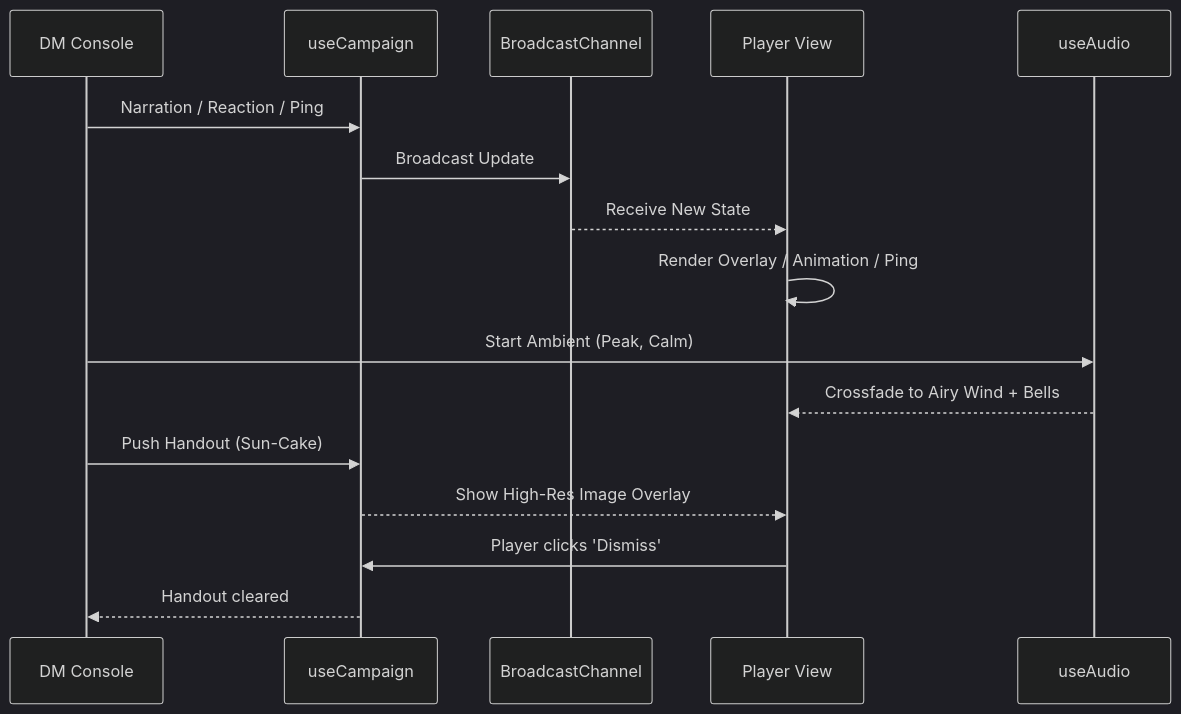
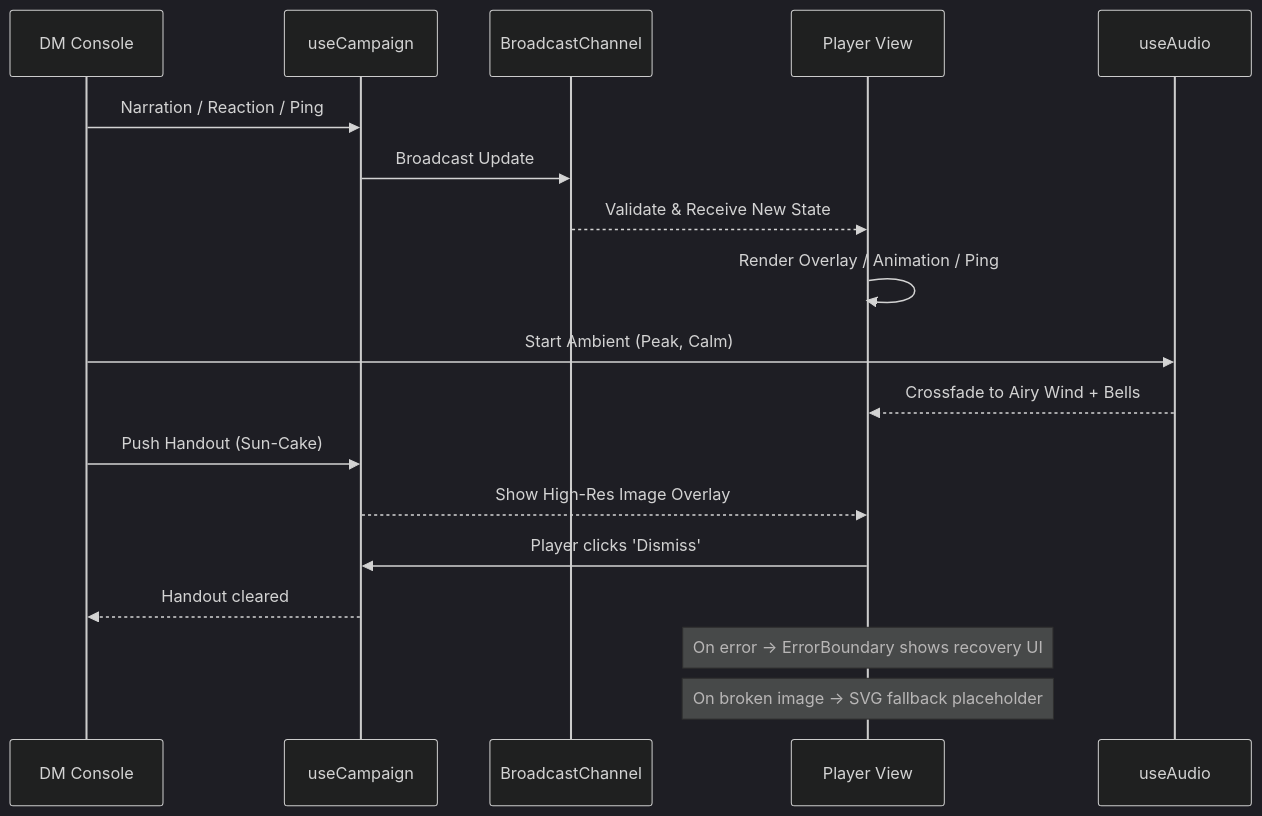
Before and after one commit to lanoitcif/ddcamp: the second of 2 diagrams in documentation.md, drawn with Mermaid (dark theme). The commit also changed other lines of this file and 1 other file, not shown here.

First line of the commit message:
docs: sync documentation.md with v2.0 changes and add image fallback to HandoutOverlay

````diff
--- a/documentation.md
+++ b/documentation.md
@@ -69,21 +82,24 @@
 ```mermaid
 sequenceDiagram
     participant DM as DM Console
     participant State as useCampaign
     participant Sync as BroadcastChannel
     participant TV as Player View
     participant Audio as useAudio
 
     DM->>State: Narration / Reaction / Ping
     State->>Sync: Broadcast Update
-    Sync-->>TV: Receive New State
+    Sync-->>TV: Validate & Receive New State
     TV->>TV: Render Overlay / Animation / Ping
 
     DM->>Audio: Start Ambient (Peak, Calm)
     Audio-->>TV: Crossfade to Airy Wind + Bells
 
     DM->>State: Push Handout (Sun-Cake)
     State-->>TV: Show High-Res Image Overlay
     TV->>State: Player clicks 'Dismiss'
     State-->>DM: Handout cleared
+
+    Note over TV: On error → ErrorBoundary shows recovery UI
+    Note over TV: On broken image → SVG fallback placeholder
 ```
````
